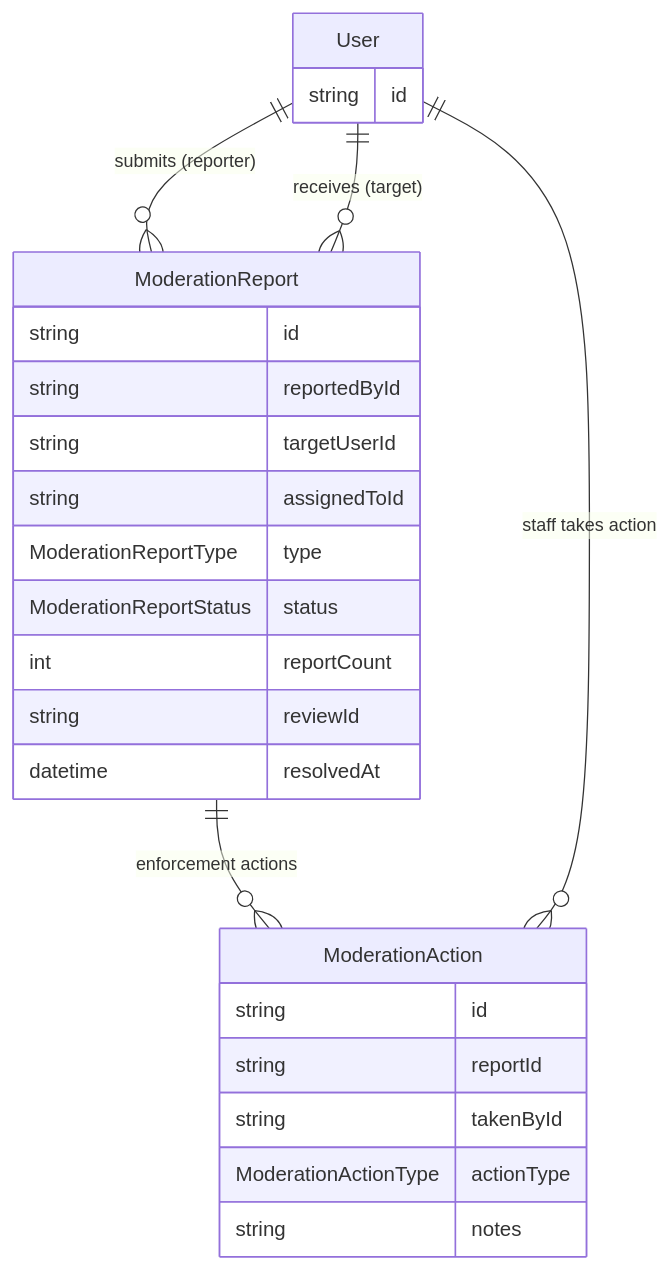
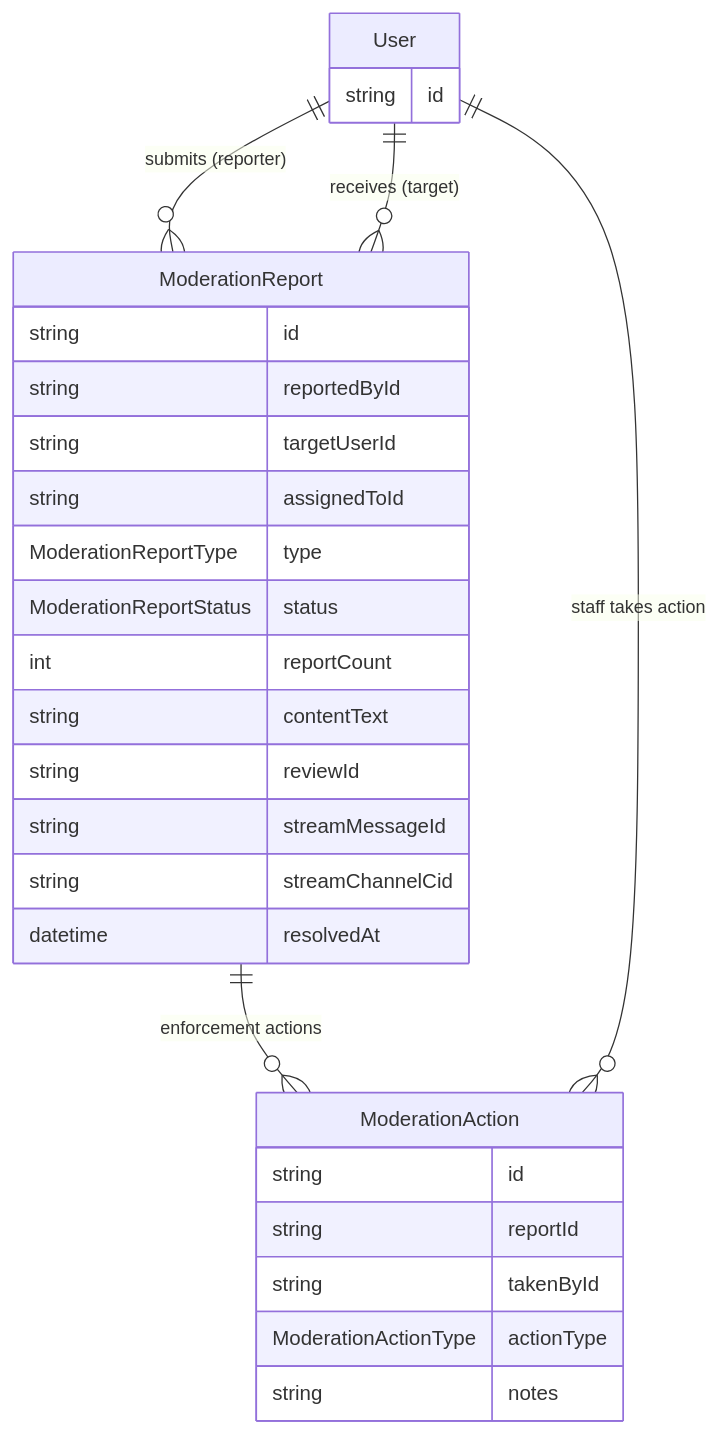
Before and after one commit to Practitionist/familiarise_web: diagram 23 of 24 in docs/prisma/schema-map.md, drawn with Mermaid. The commit also changed other lines of this file and 21 other files, not shown here.

````diff
--- a/docs/prisma/schema-map.md
+++ b/docs/prisma/schema-map.md
@@ -1746,29 +1750,32 @@
 ```mermaid
 erDiagram
     User {
         string id
     }
     ModerationReport {
         string id
         string reportedById
         string targetUserId
         string assignedToId
         ModerationReportType type
         ModerationReportStatus status
         int reportCount
+        string contentText
         string reviewId
+        string streamMessageId
+        string streamChannelCid
         datetime resolvedAt
     }
     ModerationAction {
         string id
         string reportId
         string takenById
         ModerationActionType actionType
         string notes
     }
 
     User ||--o{ ModerationReport : "submits (reporter)"
     User ||--o{ ModerationReport : "receives (target)"
     ModerationReport ||--o{ ModerationAction : "enforcement actions"
     User ||--o{ ModerationAction : "staff takes action"
 ```
````
